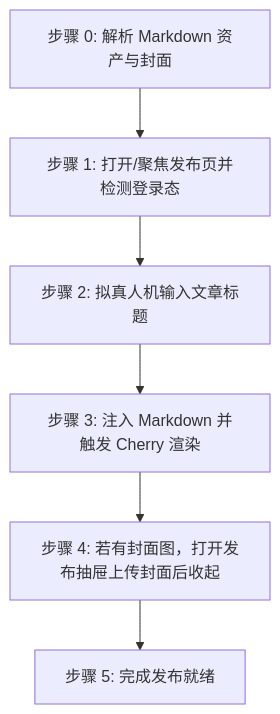
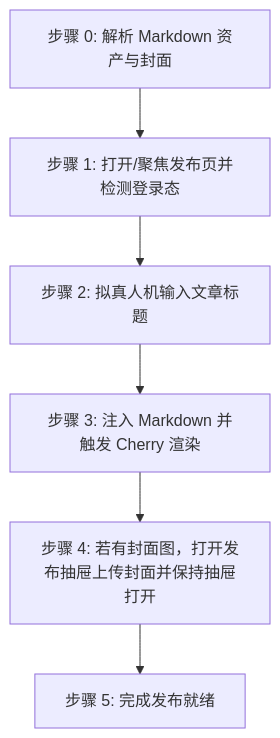
One commit to undsky/doudou-publish-skills changed the diagram in skills/doudou-tencent/SKILL.md. Above: the diagram before and after it, drawn with Mermaid. The commit also changed other lines of this file and 1 other file, not shown here.

````diff
--- a/skills/doudou-tencent/SKILL.md
+++ b/skills/doudou-tencent/SKILL.md
@@ -12,8 +12,8 @@
 ```mermaid
 flowchart TD
     S0[步骤 0: 解析 Markdown 资产与封面] --> S1[步骤 1: 打开/聚焦发布页并检测登录态]
     S1 --> S2[步骤 2: 拟真人机输入文章标题]
     S2 --> S3[步骤 3: 注入 Markdown 并触发 Cherry 渲染]
-    S3 --> S4[步骤 4: 若有封面图，打开发布抽屉上传封面后收起]
+    S3 --> S4[步骤 4: 若有封面图，打开发布抽屉上传封面并保持抽屉打开]
     S4 --> S5[步骤 5: 完成发布就绪]
 ```
````
